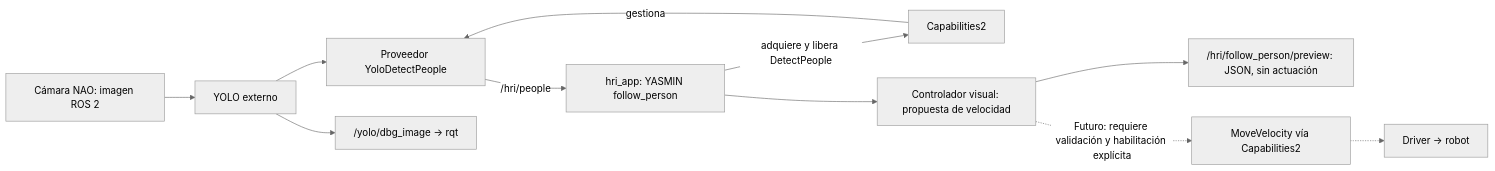
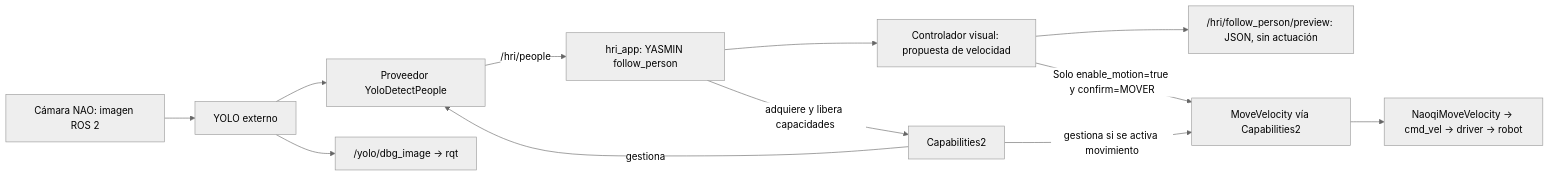
The diagram in FOLLOW_PERSON.md (jumafe1/portable-hri-reference-system), drawn with Mermaid (neutral theme) before and after one commit. The commit also changed other lines of this file and 27 other files, not shown here.

Commit message:
Integrate opt-in bounded person following with MoveVelocity

````diff
--- a/FOLLOW_PERSON.md
+++ b/FOLLOW_PERSON.md
@@ -9,13 +9,14 @@
 ```mermaid
 flowchart LR
     C["Cámara NAO: imagen ROS 2"] --> Y["YOLO externo"]
     Y --> D["Proveedor YoloDetectPeople"]
-    A["hri_app: YASMIN follow_person"] -->|"adquiere y libera DetectPeople"| K[Capabilities2]
+    A["hri_app: YASMIN follow_person"] -->|"adquiere y libera capacidades"| K[Capabilities2]
     K -->|"gestiona"| D
     D -->|"/hri/people"| A
     A --> P["Controlador visual: propuesta de velocidad"]
     P --> J["/hri/follow_person/preview: JSON, sin actuación"]
     Y --> R["/yolo/dbg_image → rqt"]
-    P -. "Futuro: requiere validación y habilitación explícita" .-> M["MoveVelocity vía Capabilities2"]
-    M -.-> B["Driver → robot"]
+    P -->|"Solo enable_motion=true y confirm=MOVER"| M["MoveVelocity vía Capabilities2"]
+    K -->|"gestiona si se activa movimiento"| M
+    M --> B["NaoqiMoveVelocity → cmd_vel → driver → robot"]
 ```
````
